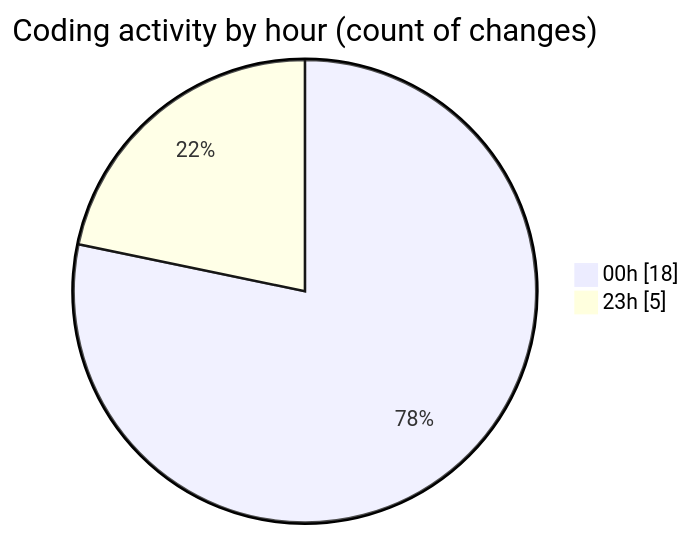
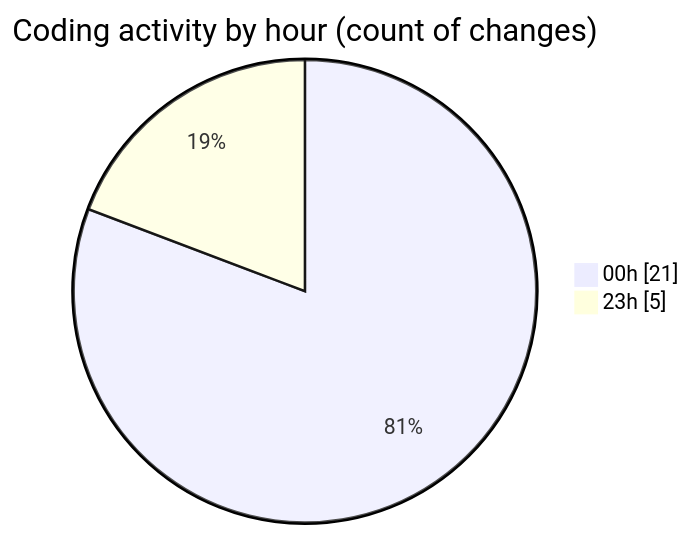
Before and after one commit to julien-gomy/code-tracking: the second of 2 diagrams in 2025-11-27/eventscop-frontend-guide__workspace_/README.md, drawn with Mermaid. The commit also changed other lines of this file and 1 other file, not shown here.

````diff
--- a/2025-11-27/eventscop-frontend-guide__workspace_/README.md
+++ b/2025-11-27/eventscop-frontend-guide__workspace_/README.md
@@ -37,6 +40,6 @@
 ```mermaid
 pie showData
 title Coding activity by hour (count of changes)
-"00h" : 18
+"00h" : 21
 "23h" : 5
 ```
````
